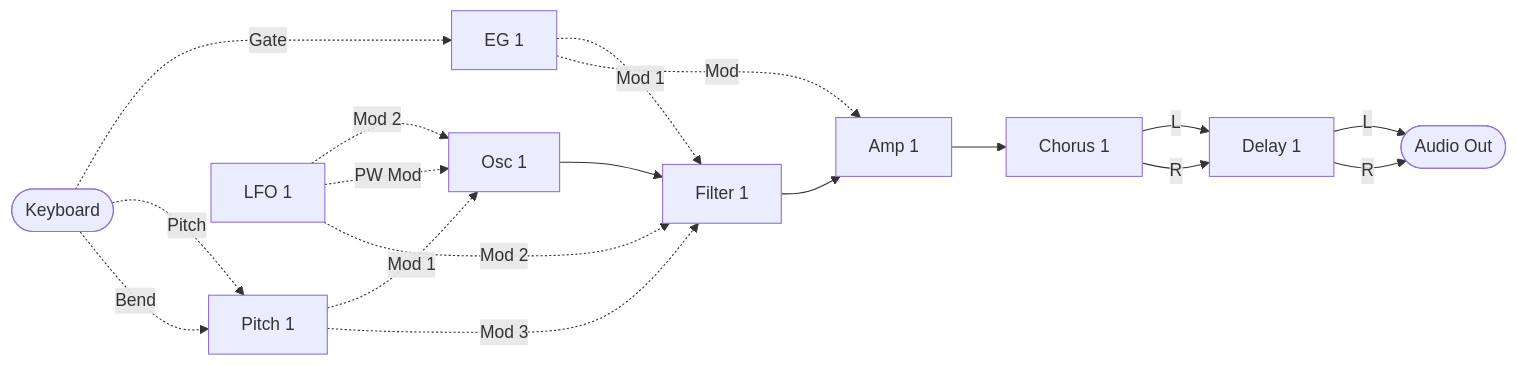
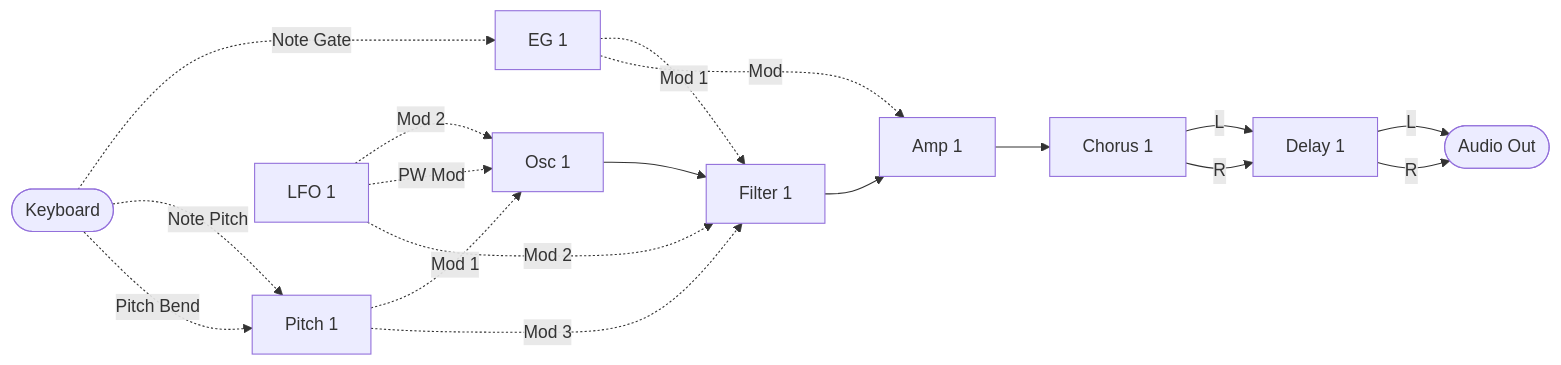
The first of 6 diagrams in spms1_type2/README.ja.md (risgk/midi_synthesizer_spms1), drawn with Mermaid before and after one commit. The commit also changed 2 other files, not shown here.

Commit message:
type-2 editor: Label the Keyboard node's signals Note Pitch, Note Gate and Pitch Bend
As the signals are named everywhere else; the README diagrams label their arrows so too.

Claude-Session: https://claude.ai/code/session_01N7mMVnoKzjmRDboQE4ZMEq

````diff
--- a/spms1_type2/README.ja.md
+++ b/spms1_type2/README.ja.md
@@ -138,32 +138,32 @@
 ```mermaid
 flowchart LR
   KBD([Keyboard])
   PITCH[Pitch 1]
   LFO[LFO 1]
   EG[EG 1]
   OSC[Osc 1]
   FILTER[Filter 1]
   AMP[Amp 1]
   CHORUS[Chorus 1]
   DELAY[Delay 1]
   OUT([Audio Out])
 
   OSC --> FILTER
   FILTER --> AMP
   AMP --> CHORUS
   CHORUS -->|L| DELAY
   CHORUS -->|R| DELAY
   DELAY -->|L| OUT
   DELAY -->|R| OUT
 
-  KBD -. Gate .-> EG
-  KBD -. Pitch .-> PITCH
-  KBD -. Bend .-> PITCH
+  KBD -. Note Gate .-> EG
+  KBD -. Note Pitch .-> PITCH
+  KBD -. Pitch Bend .-> PITCH
   PITCH -. Mod 1 .-> OSC
   LFO -. Mod 2 .-> OSC
   LFO -. PW Mod .-> OSC
   EG -. Mod 1 .-> FILTER
   LFO -. Mod 2 .-> FILTER
   PITCH -. Mod 3 .-> FILTER
   EG -. Mod .-> AMP
 ```
````
